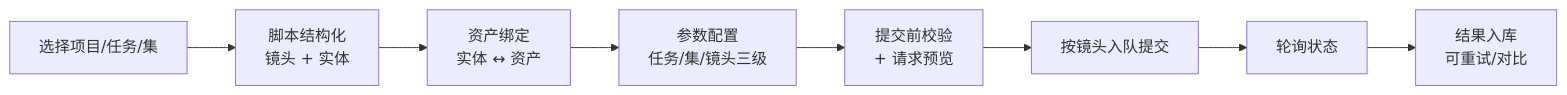
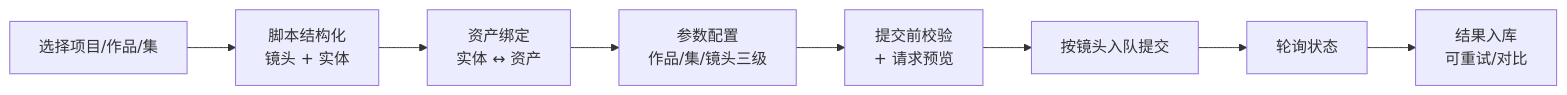
The fourth of 8 diagrams in doc/ARCHITECTURE.md (sengbin/ai-video-studio), drawn with Mermaid before and after one commit. The commit also changed other lines of this file and 2 other files, not shown here.

````diff
--- a/doc/ARCHITECTURE.md
+++ b/doc/ARCHITECTURE.md
@@ -282,10 +298,10 @@
 ```mermaid
 flowchart LR
-  A["选择项目/任务/集"] --> B["脚本结构化<br/>镜头 + 实体"]
+  A["选择项目/作品/集"] --> B["脚本结构化<br/>镜头 + 实体"]
   B --> C["资产绑定<br/>实体 ↔ 资产"]
-  C --> D["参数配置<br/>任务/集/镜头三级"]
+  C --> D["参数配置<br/>作品/集/镜头三级"]
   D --> E["提交前校验<br/>+ 请求预览"]
   E --> F["按镜头入队提交"]
   F --> G["轮询状态"]
   G --> H["结果入库<br/>可重试/对比"]
 ```
````
